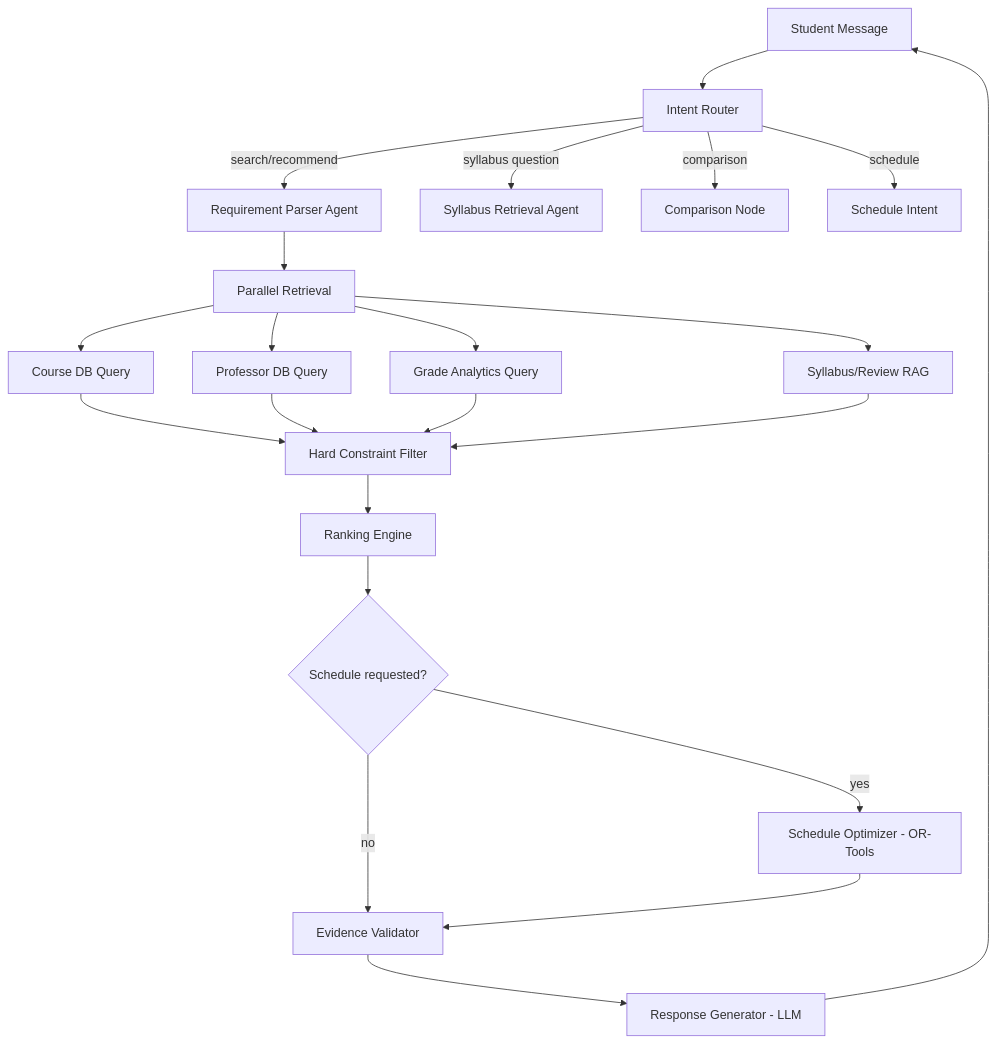
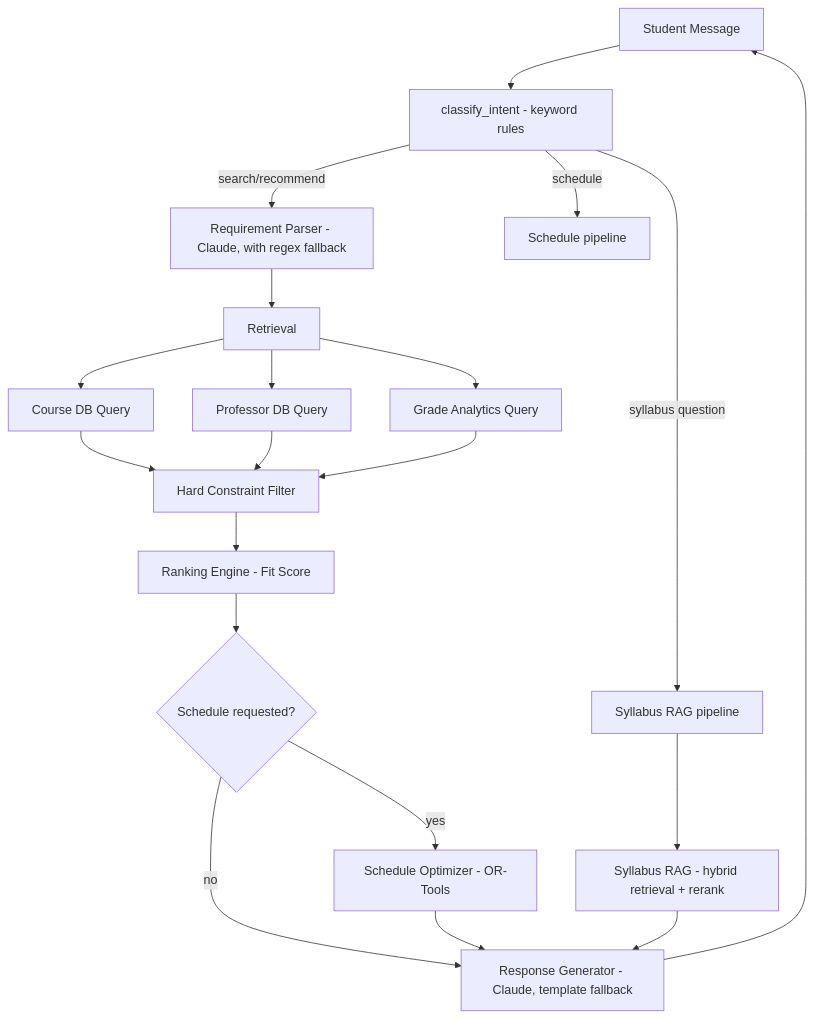
Before and after one commit to HARSHAVELU/campuswise-ai: the second of 3 diagrams in docs/architecture-proposal.md, drawn with Mermaid. The commit also changed other lines of this file and 1 other file, not shown here.

Commit message:
Correct docs: no LangGraph/LangChain used, describe actual pipeline architecture

````diff
--- a/docs/architecture-proposal.md
+++ b/docs/architecture-proposal.md
@@ -102,23 +108,22 @@
 ```mermaid
 flowchart TD
-    U[Student Message] --> IR[Intent Router]
-    IR -->|search/recommend| RP[Requirement Parser Agent]
-    IR -->|syllabus question| SR[Syllabus Retrieval Agent]
-    IR -->|comparison| CMP[Comparison Node]
-    IR -->|schedule| SCH[Schedule Intent]
+    U[Student Message] --> IR[classify_intent - keyword rules]
+    IR -->|search/recommend| RP[Requirement Parser - Claude, with regex fallback]
+    IR -->|syllabus question| SR[Syllabus RAG pipeline]
+    IR -->|schedule| SCH[Schedule pipeline]
 
-    RP --> PAR[Parallel Retrieval]
+    RP --> PAR[Retrieval]
     PAR --> CDB[Course DB Query]
     PAR --> PDB[Professor DB Query]
     PAR --> GDB[Grade Analytics Query]
-    PAR --> RAG[Syllabus/Review RAG]
+    SR --> RAG[Syllabus RAG - hybrid retrieval + rerank]
 
-    CDB & PDB & GDB & RAG --> HCF[Hard Constraint Filter]
-    HCF --> RANK[Ranking Engine]
+    CDB & PDB & GDB --> HCF[Hard Constraint Filter]
+    HCF --> RANK[Ranking Engine - Fit Score]
     RANK --> SCH2{Schedule requested?}
     SCH2 -->|yes| OPT[Schedule Optimizer - OR-Tools]
-    SCH2 -->|no| EV[Evidence Validator]
-    OPT --> EV
-    EV --> RG[Response Generator - LLM]
+    SCH2 -->|no| RG
+    OPT --> RG
+    RAG --> RG[Response Generator - Claude, template fallback]
     RG --> U
 ```
````
